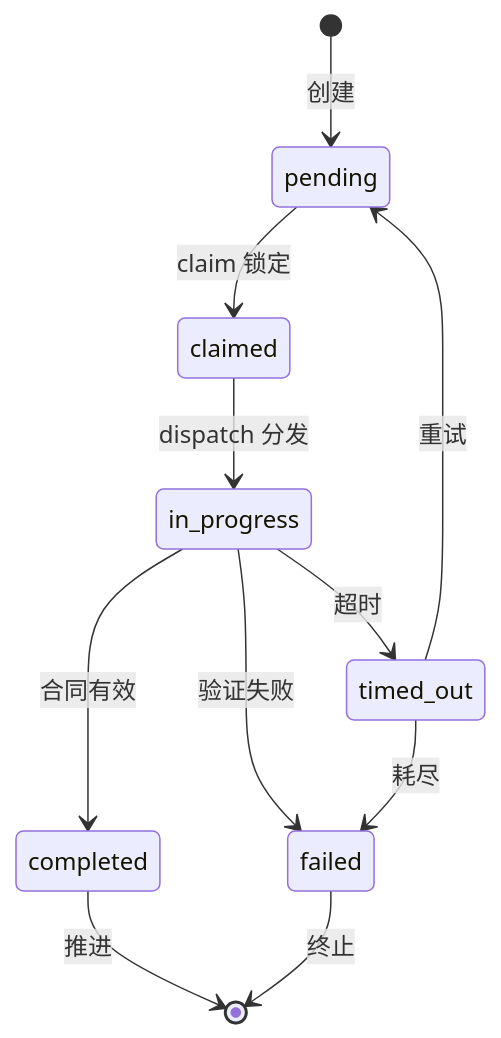
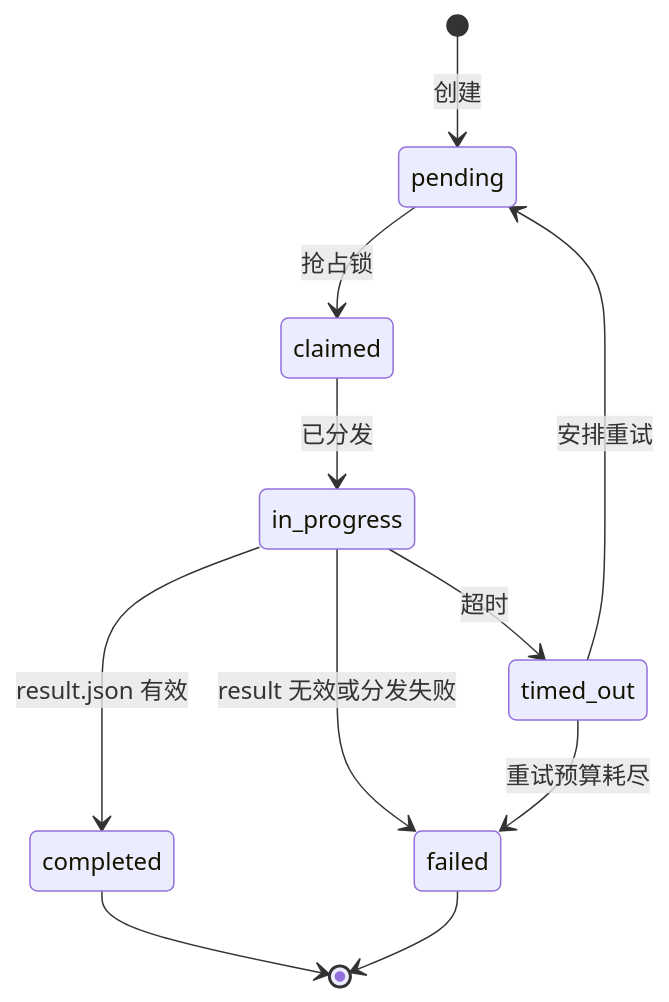
One commit to blueberrycongee/termcanvas changed the third of 4 diagrams in docs/hydra-panorama-flow-zh.md. Above: the diagram before and after it, drawn with Mermaid. The commit also changed other lines of this file and 9 other files, not shown here.

````diff
--- a/docs/hydra-panorama-flow-zh.md
+++ b/docs/hydra-panorama-flow-zh.md
@@ -217,17 +58,17 @@
 ```mermaid
 stateDiagram-v2
     [*] --> pending: 创建
 
-    pending --> claimed: claim 锁定
-    claimed --> in_progress: dispatch 分发
+    pending --> claimed: 抢占锁
+    claimed --> in_progress: 已分发
 
-    in_progress --> completed: 合同有效
+    in_progress --> completed: result.json 有效
     in_progress --> timed_out: 超时
-    in_progress --> failed: 验证失败
+    in_progress --> failed: result 无效或分发失败
 
-    timed_out --> pending: 重试
-    timed_out --> failed: 耗尽
+    timed_out --> pending: 安排重试
+    timed_out --> failed: 重试预算耗尽
 
-    completed --> [*]: 推进
-    failed --> [*]: 终止
+    completed --> [*]
+    failed --> [*]
 ```
````
